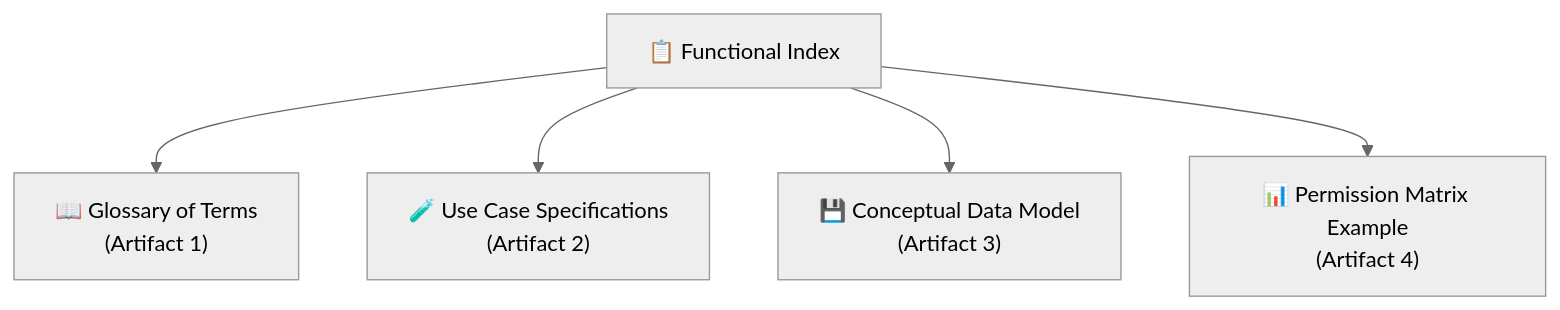
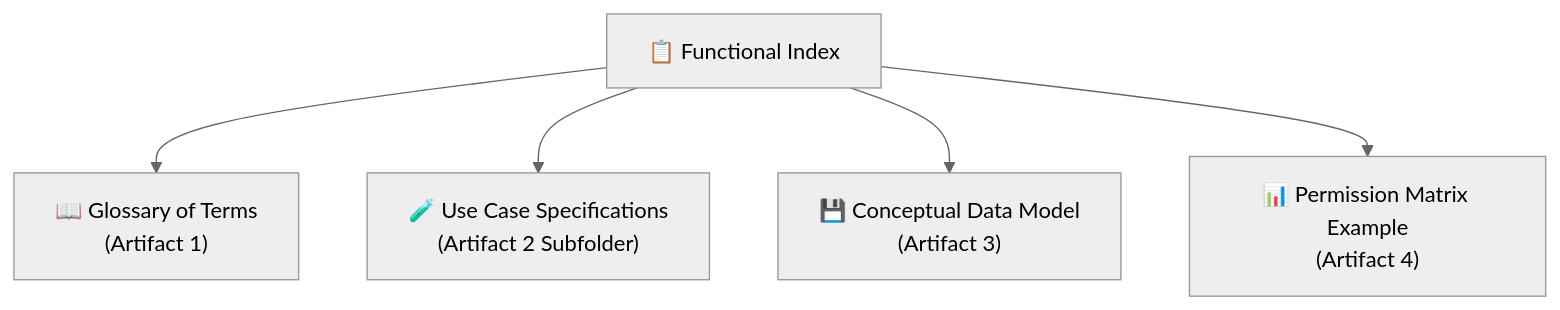
The diagram in ums-workspace/docs/functional/index.md (beyondnetcode/arc32_nodejs_progresive_monolith), drawn with Mermaid (neutral theme) before and after one commit. The commit also changed other lines of this file and 4 other files, not shown here.

Commit message:
docs(po): split use cases into individual files inside usecases subfolder

````diff
--- a/ums-workspace/docs/functional/index.md
+++ b/ums-workspace/docs/functional/index.md
@@ -11,7 +11,7 @@
 ```mermaid
 graph TD
     Index["📋 Functional Index"] --> Glossary["📖 Glossary of Terms<br/>(Artifact 1)"]
-    Index --> UseCases["🧪 Use Case Specifications<br/>(Artifact 2)"]
+    Index --> UseCases["🧪 Use Case Specifications<br/>(Artifact 2 Subfolder)"]
     Index --> DataModel["💾 Conceptual Data Model<br/>(Artifact 3)"]
     Index --> Matrix["📊 Permission Matrix Example<br/>(Artifact 4)"]
 ```
````
